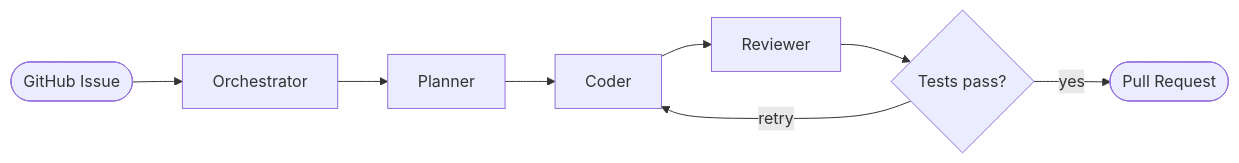
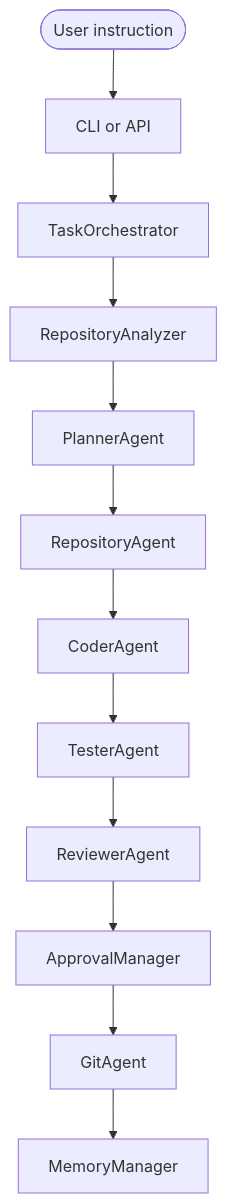
The first of 2 diagrams in README.md (ShamGaneshan2008/Kodiak), drawn with Mermaid before and after one commit. The commit also changed other lines of this file, not shown here.

````diff
--- a/README.md
+++ b/README.md
@@ -150,10 +181,14 @@
 ```mermaid
-flowchart LR
-    A([GitHub Issue]) --> B[Orchestrator]
-    B --> C[Planner]
-    C --> D[Coder]
-    D --> E[Reviewer]
-    E --> F{Tests pass?}
-    F -- retry --> D
-    F -- yes --> G([Pull Request])
+flowchart TD
+    A([User instruction]) --> B[CLI or API]
+    B --> C[TaskOrchestrator]
+    C --> D[RepositoryAnalyzer]
+    D --> E[PlannerAgent]
+    E --> F[RepositoryAgent]
+    F --> G[CoderAgent]
+    G --> H[TesterAgent]
+    H --> I[ReviewerAgent]
+    I --> J[ApprovalManager]
+    J --> K[GitAgent]
+    K --> L[MemoryManager]
 ```
````
